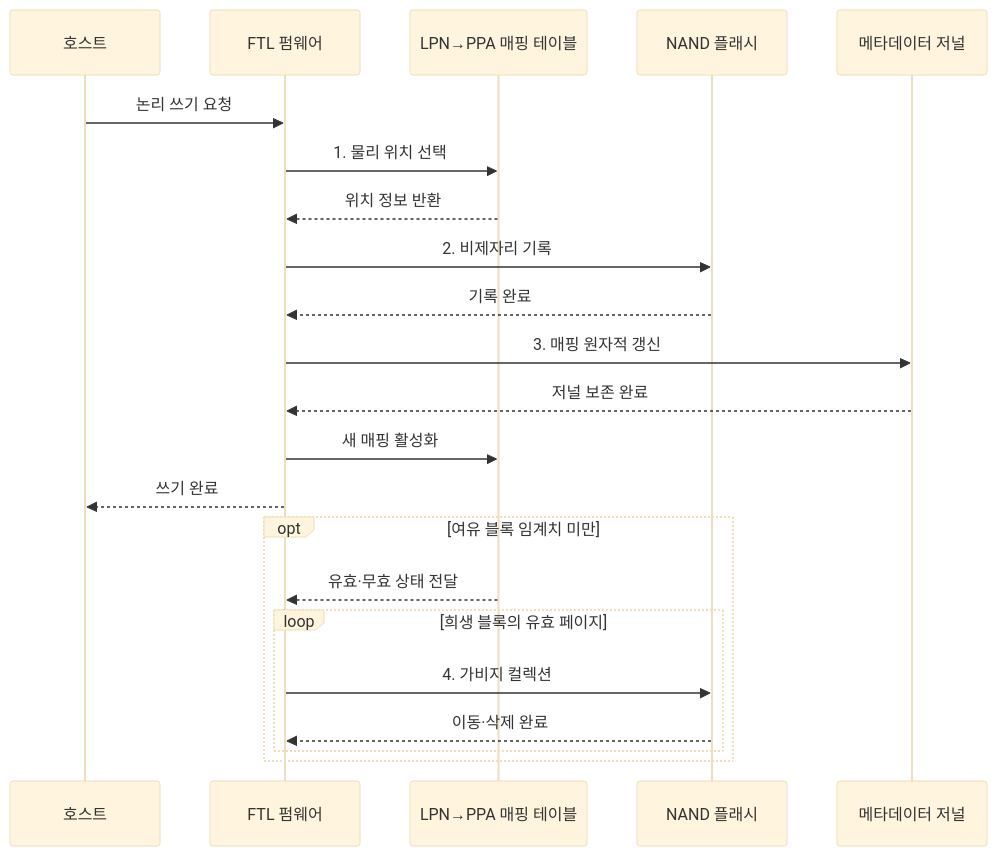
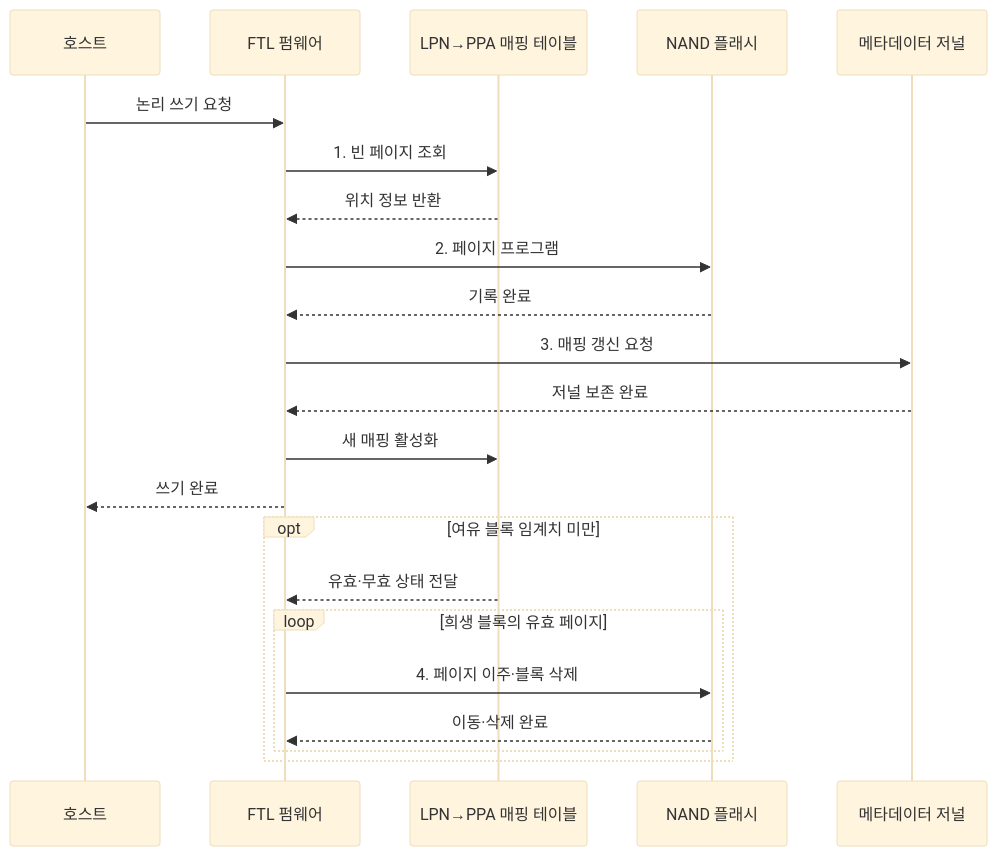
The second of 2 diagrams in src/content/docs/notes/02-hardware/030_ssd_ftl.md (agnusdei1207/knowledge-base), drawn with Mermaid (base theme) before and after one commit. The commit also changed other lines of this file and 20 other files, not shown here.

````diff
--- a/src/content/docs/notes/02-hardware/030_ssd_ftl.md
+++ b/src/content/docs/notes/02-hardware/030_ssd_ftl.md
@@ -96,25 +99,25 @@
 ```mermaid
 sequenceDiagram
     participant H as 호스트
     participant F as FTL 펌웨어
     participant M as LPN→PPA 매핑 테이블
     participant N as NAND 플래시
     participant J as 메타데이터 저널
 
     H->>F: 논리 쓰기 요청
-    F->>M: 1. 물리 위치 선택
+    F->>M: 1. 빈 페이지 조회
     M-->>F: 위치 정보 반환
-    F->>N: 2. 비제자리 기록
+    F->>N: 2. 페이지 프로그램
     N-->>F: 기록 완료
-    F->>J: 3. 매핑 원자적 갱신
+    F->>J: 3. 매핑 갱신 요청
     J-->>F: 저널 보존 완료
     F->>M: 새 매핑 활성화
     F-->>H: 쓰기 완료
     opt 여유 블록 임계치 미만
         M-->>F: 유효·무효 상태 전달
         loop 희생 블록의 유효 페이지
-            F->>N: 4. 가비지 컬렉션
+            F->>N: 4. 페이지 이주·블록 삭제
             N-->>F: 이동·삭제 완료
         end
     end
 ```
````
